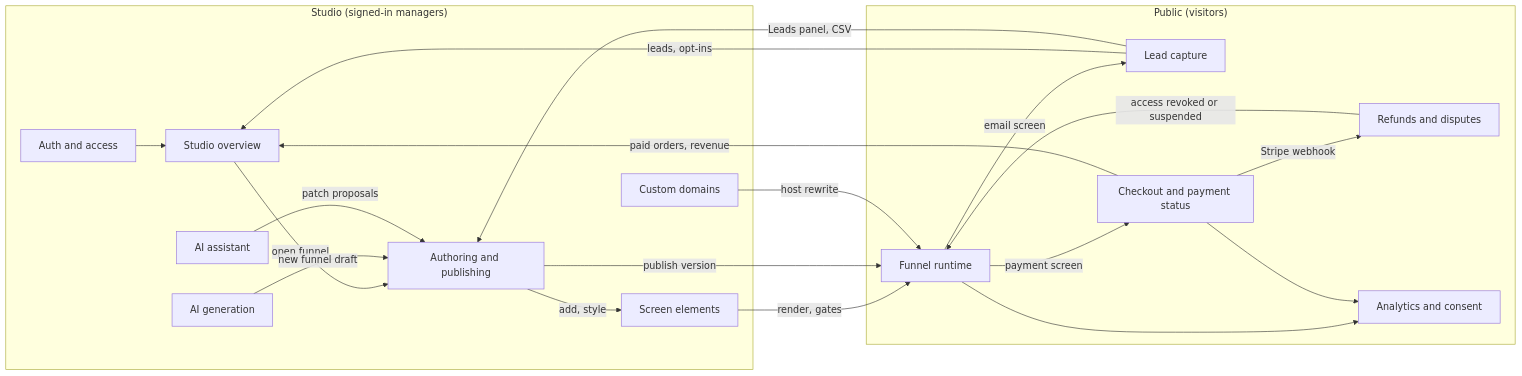
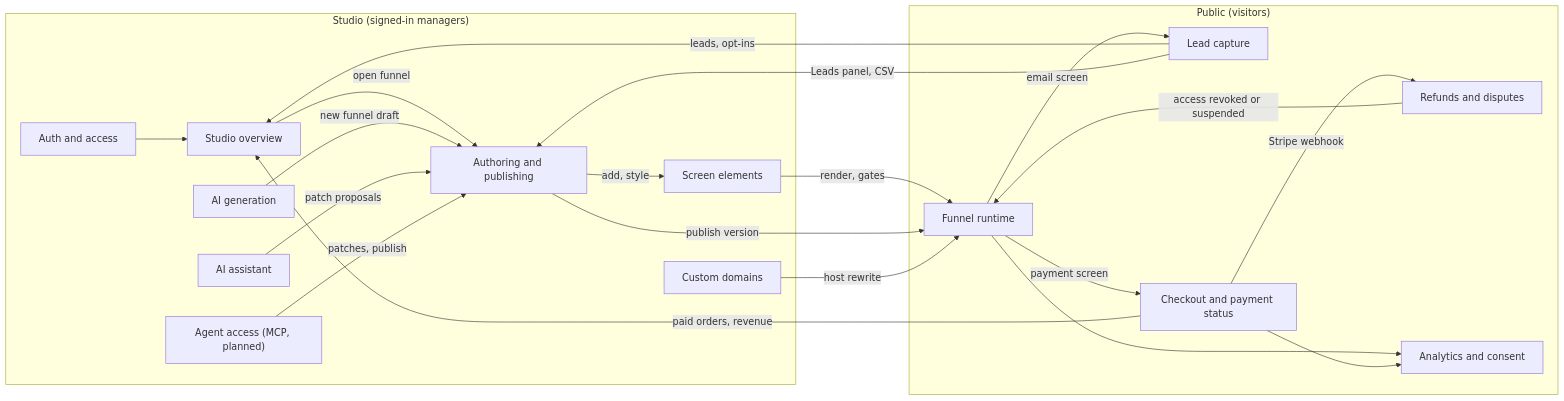
The diagram in docs/features/00-map.md (arturklimovich-eng/vibefunel), drawn with Mermaid before and after one commit. The commit also changed 4 other files, not shown here.

First line of the commit message:
MCP-readiness contract and zod schema for patch ops

````diff
--- a/docs/features/00-map.md
+++ b/docs/features/00-map.md
@@ -11,48 +11,51 @@
 ```mermaid
 flowchart LR
   subgraph Studio["Studio (signed-in managers)"]
     AUTH["Auth and access"]
     OVER["Studio overview"]
     AUTHOR["Authoring and publishing"]
     EL["Screen elements"]
     DOM["Custom domains"]
     AIG["AI generation"]
     AI["AI assistant"]
+    MCP["Agent access (MCP, planned)"]
   end
   subgraph Public["Public (visitors)"]
     RUN["Funnel runtime"]
     LEAD["Lead capture"]
     PAY["Checkout and payment status"]
     REF["Refunds and disputes"]
     AN["Analytics and consent"]
   end
   AUTH --> OVER
   OVER -->|"open funnel"| AUTHOR
   LEAD -->|"leads, opt-ins"| OVER
   PAY -->|"paid orders, revenue"| OVER
   AIG -->|"new funnel draft"| AUTHOR
   AI -->|"patch proposals"| AUTHOR
+  MCP -->|"patches, publish"| AUTHOR
   AUTHOR -->|"add, style"| EL
   EL -->|"render, gates"| RUN
   AUTHOR -->|"publish version"| RUN
   DOM -->|"host rewrite"| RUN
   RUN -->|"email screen"| LEAD
   LEAD -->|"Leads panel, CSV"| AUTHOR
   RUN -->|"payment screen"| PAY
   PAY -->|"Stripe webhook"| REF
   REF -->|"access revoked or suspended"| RUN
   RUN --> AN
   PAY --> AN
   click AUTH "./70-auth-access.md"
   click AUTHOR "./10-authoring.md"
   click EL "./12-elements.md"
   click OVER "./15-studio-overview.md"
   click DOM "./50-custom-domains.md"
   click RUN "./20-runtime.md"
   click LEAD "./25-lead-capture.md"
   click PAY "./30-checkout.md"
   click REF "./40-refunds-disputes.md"
   click AN "./60-analytics-consent.md"
   click AI "./80-ai-assistant.md"
   click AIG "./81-ai-generation.md"
+  click MCP "./90-mcp.md"
 ```
````
